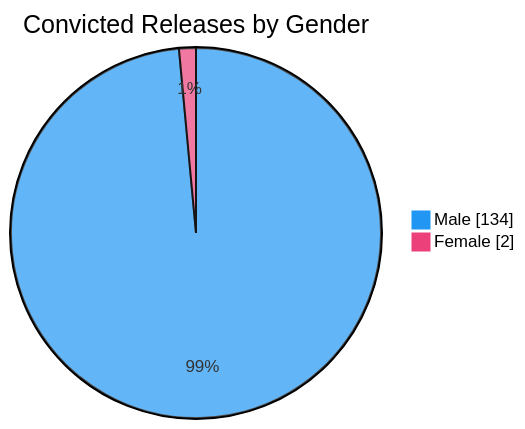
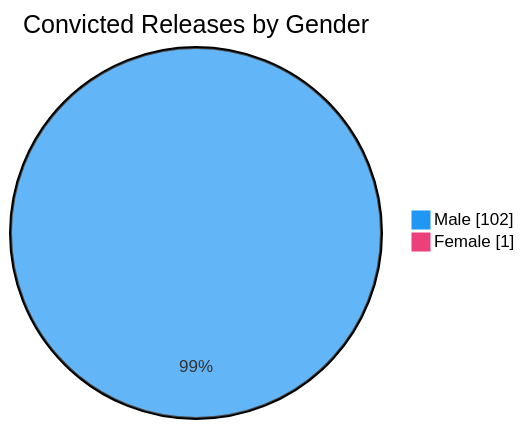
The sixth of 7 diagrams in README.md (nuuuwan/lk_prisons), drawn with Mermaid before and after one commit. The commit also changed other lines of this file and 1 other file, not shown here.

````diff
--- a/README.md
+++ b/README.md
@@ -98,6 +98,6 @@
 ```mermaid
 %%{init: {'themeVariables': {'pie1': '#2196F3', 'pie2': '#EC407A'}}}%%
 pie showData title Convicted Releases by Gender
-    "Male" : 134
-    "Female" : 2
+    "Male" : 102
+    "Female" : 1
 ```
````
